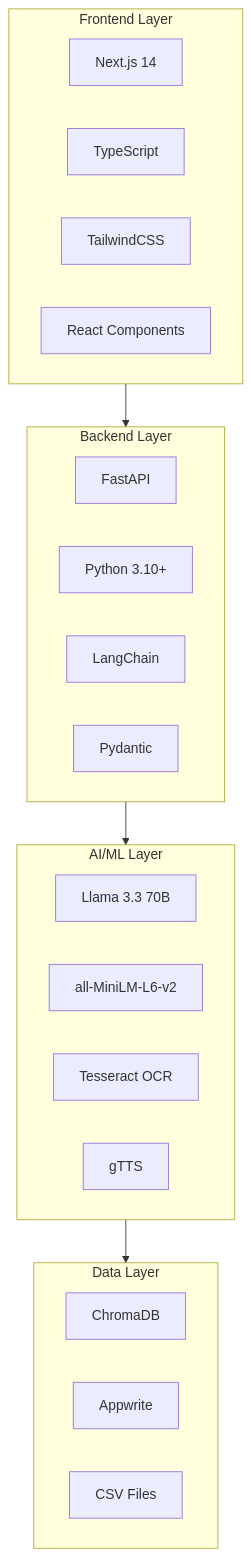
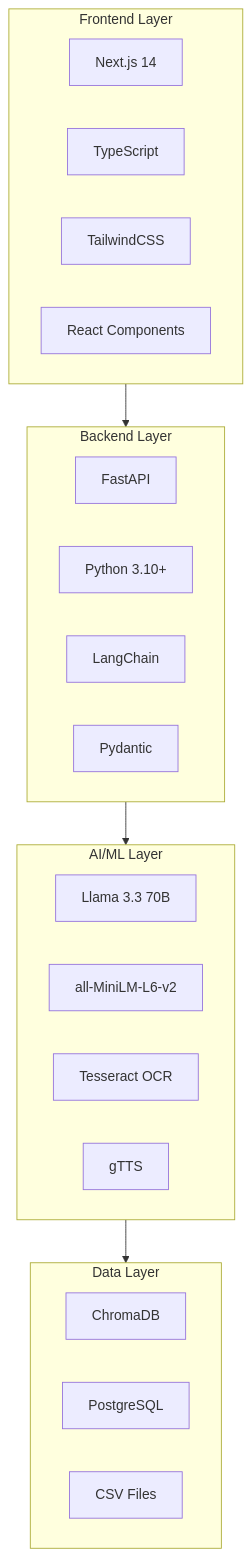
One commit to Kuldeep-Tapodhan/health-chat-bot-application changed the fifth of 6 diagrams in documentation/process.md. Above: the diagram before and after it, drawn with Mermaid. The commit also changed other lines of this file and 170 other files, not shown here.

````diff
--- a/documentation/process.md
+++ b/documentation/process.md
@@ -284,31 +284,31 @@
 ```mermaid
 flowchart TB
     subgraph Frontend["Frontend Layer"]
         F1["Next.js 14"]
         F2["TypeScript"]
         F3["TailwindCSS"]
         F4["React Components"]
     end
 
     subgraph Backend["Backend Layer"]
         B1["FastAPI"]
         B2["Python 3.10+"]
         B3["LangChain"]
         B4["Pydantic"]
     end
 
     subgraph AI["AI/ML Layer"]
         A1["Llama 3.3 70B"]
         A2["all-MiniLM-L6-v2"]
         A3["Tesseract OCR"]
         A4["gTTS"]
     end
 
     subgraph Data["Data Layer"]
         D1["ChromaDB"]
-        D2["Appwrite"]
+        D2["PostgreSQL"]
         D3["CSV Files"]
     end
 
     Frontend --> Backend --> AI --> Data
 ```
````
